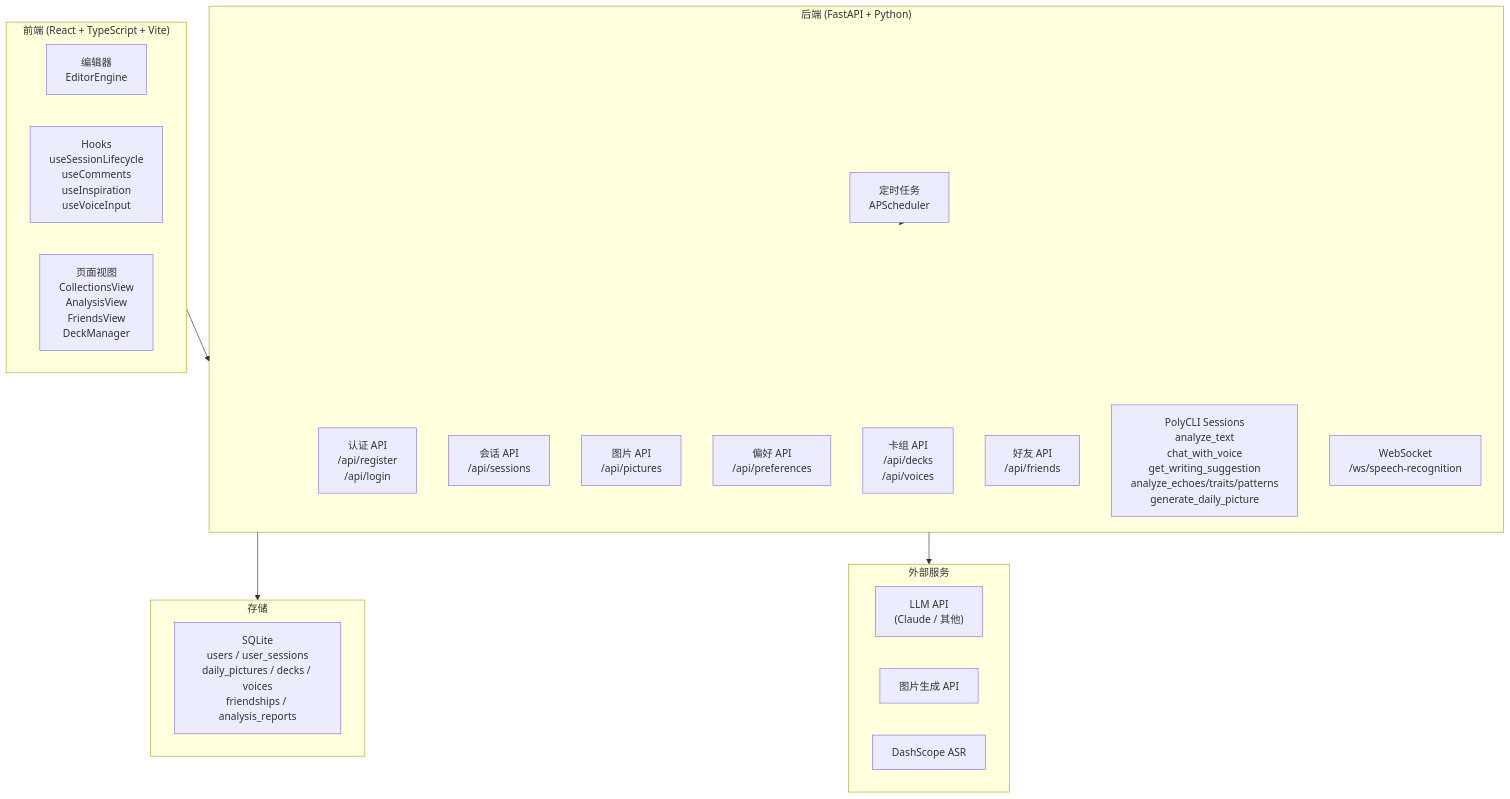
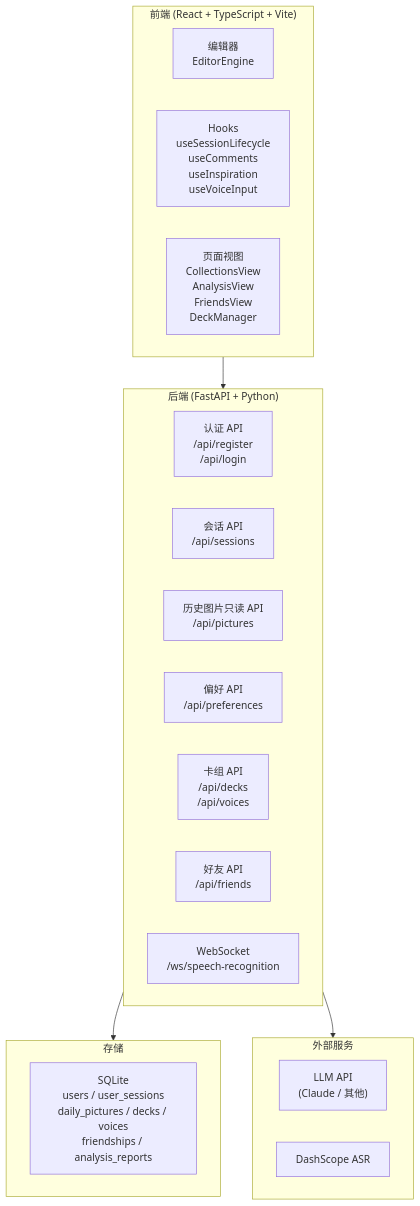
Before and after one commit to glide-the/im-dream: diagram 17 of 17 in docs/design/sequence-diagrams.md, drawn with Mermaid. The commit also changed other lines of this file and 136 other files, not shown here.

````diff
--- a/docs/design/sequence-diagrams.md
+++ b/docs/design/sequence-diagrams.md
@@ -613,35 +519,31 @@
 ```mermaid
 graph TB
     subgraph Frontend["前端 (React + TypeScript + Vite)"]
         Editor["编辑器<br/>EditorEngine"]
         Hooks["Hooks<br/>useSessionLifecycle<br/>useComments<br/>useInspiration<br/>useVoiceInput"]
         Views["页面视图<br/>CollectionsView<br/>AnalysisView<br/>FriendsView<br/>DeckManager"]
     end
 
     subgraph Backend["后端 (FastAPI + Python)"]
         AuthAPI["认证 API<br/>/api/register<br/>/api/login"]
         SessionAPI["会话 API<br/>/api/sessions"]
-        PictureAPI["图片 API<br/>/api/pictures"]
+        PictureAPI["历史图片只读 API<br/>/api/pictures"]
         PrefsAPI["偏好 API<br/>/api/preferences"]
         DeckAPI["卡组 API<br/>/api/decks<br/>/api/voices"]
         FriendAPI["好友 API<br/>/api/friends"]
-        PolyCLI["PolyCLI Sessions<br/>analyze_text<br/>chat_with_voice<br/>get_writing_suggestion<br/>analyze_echoes/traits/patterns<br/>generate_daily_picture"]
         WSEndpoint["WebSocket<br/>/ws/speech-recognition"]
-        Scheduler["定时任务<br/>APScheduler"]
     end
 
     subgraph Storage["存储"]
         SQLite["SQLite<br/>users / user_sessions<br/>daily_pictures / decks / voices<br/>friendships / analysis_reports"]
     end
 
     subgraph External["外部服务"]
         LLM["LLM API<br/>(Claude / 其他)"]
-        ImgAPI["图片生成 API"]
         ASR["DashScope ASR"]
     end
 
     Frontend --> Backend
     Backend --> Storage
     Backend --> External
-    Scheduler --> Backend
 ```
````
